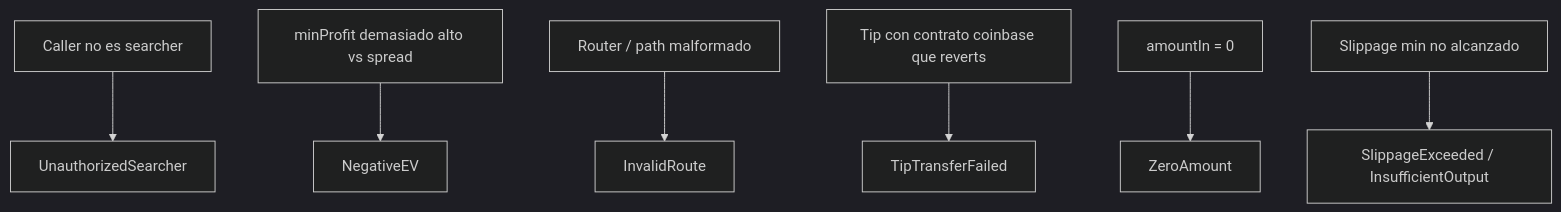
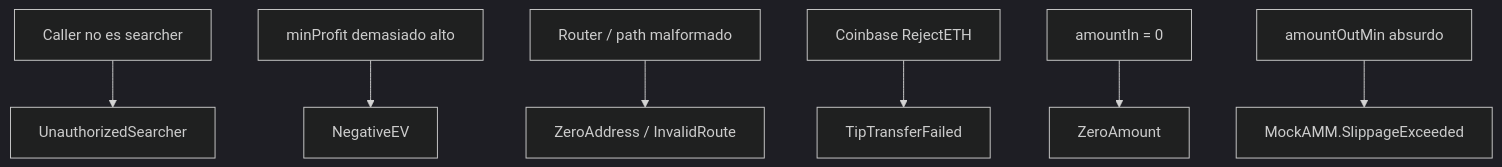
The sixth of 9 diagrams in doc/flujograma.md (rastrahm/mev-hft-infra), drawn with Mermaid (dark theme) before and after one commit. The commit also changed other lines of this file and 5 other files, not shown here.

````diff
--- a/doc/flujograma.md
+++ b/doc/flujograma.md
@@ -111,9 +111,9 @@
 ```mermaid
 flowchart TD
     A[Caller no es searcher] --> B[UnauthorizedSearcher]
-    C[minProfit demasiado alto vs spread] --> D[NegativeEV]
-    E[Router / path malformado] --> F[InvalidRoute]
-    G[Tip con contrato coinbase que reverts] --> H[TipTransferFailed]
+    C[minProfit demasiado alto] --> D[NegativeEV]
+    E[Router / path malformado] --> F[ZeroAddress / InvalidRoute]
+    G[Coinbase RejectETH] --> H[TipTransferFailed]
     I[amountIn = 0] --> J[ZeroAmount]
-    K[Slippage min no alcanzado] --> L[SlippageExceeded / InsufficientOutput]
+    K[amountOutMin absurdo] --> L[MockAMM.SlippageExceeded]
 ```
````
